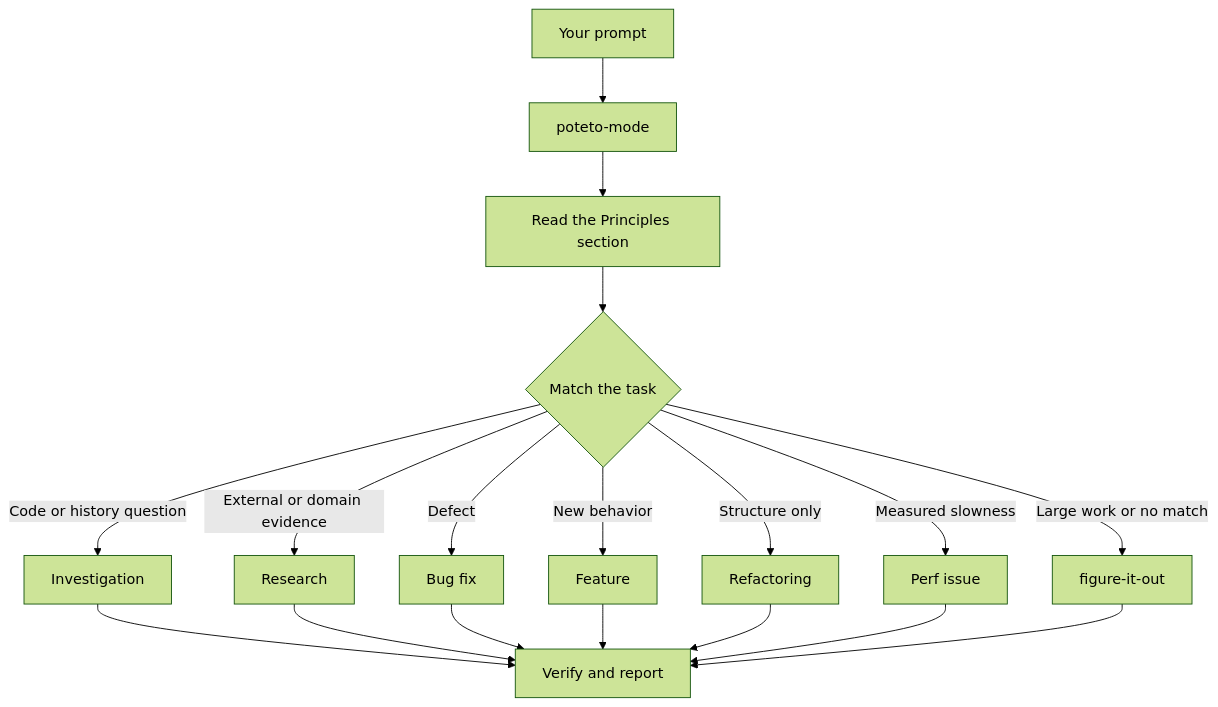
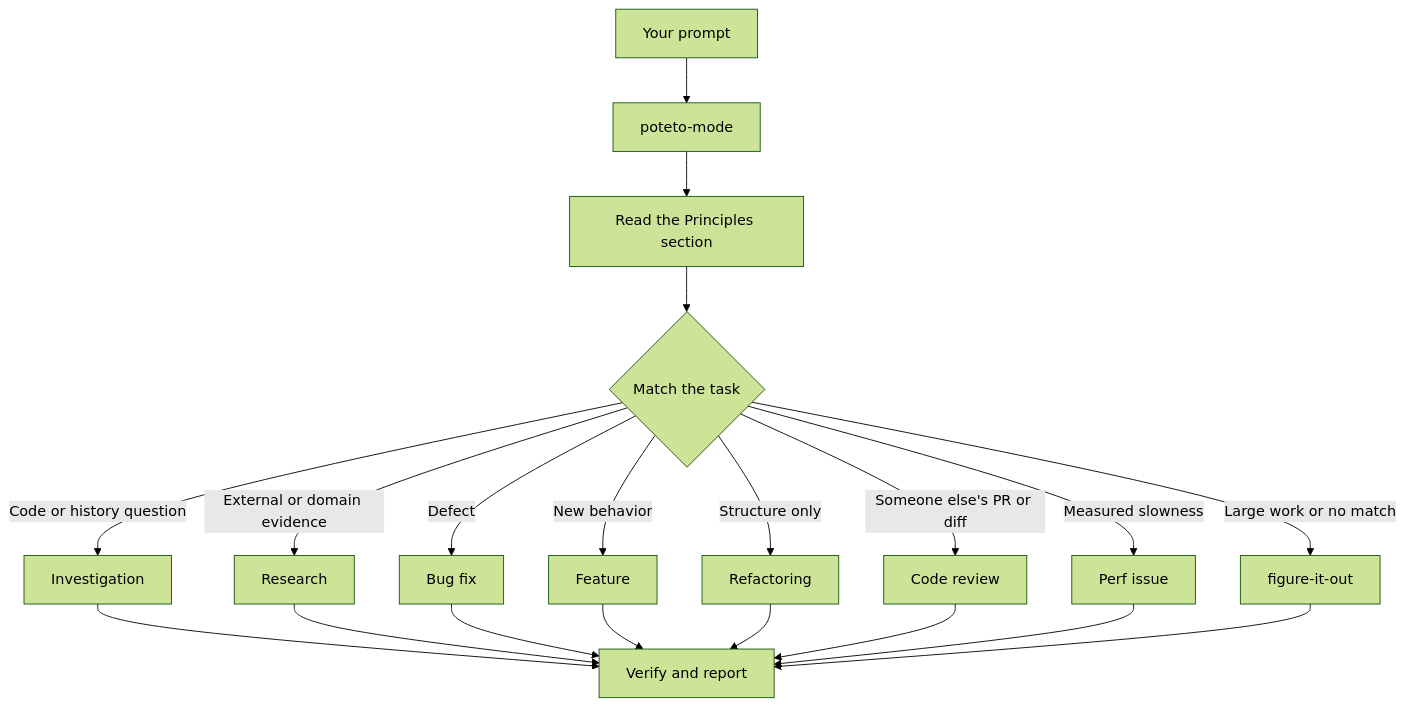
The diagram in docs/guide/02-poteto-mode.md (mdsmithaustin/pstack), drawn with Mermaid (forest theme) before and after one commit. The commit also changed other lines of this file and 8 other files, not shown here.

First line of the commit message:
feat(poteto-mode): add a code review playbook with a design review lens (#62)

````diff
--- a/docs/guide/02-poteto-mode.md
+++ b/docs/guide/02-poteto-mode.md
@@ -9,20 +9,22 @@
 ```mermaid
 flowchart TD
     A[Your prompt] --> B[poteto-mode]
     B --> C[Read the Principles section]
     C --> D{Match the task}
     D -->|Code or history question| E[Investigation]
     D -->|External or domain evidence| R[Research]
     D -->|Defect| F[Bug fix]
     D -->|New behavior| G[Feature]
     D -->|Structure only| H[Refactoring]
+    D -->|Someone else's PR or diff| CR[Code review]
     D -->|Measured slowness| I[Perf issue]
     D -->|Large work or no match| J[figure-it-out]
     E --> K[Verify and report]
     R --> K
     F --> K
     G --> K
     H --> K
+    CR --> K
     I --> K
     J --> K
 ```
````
